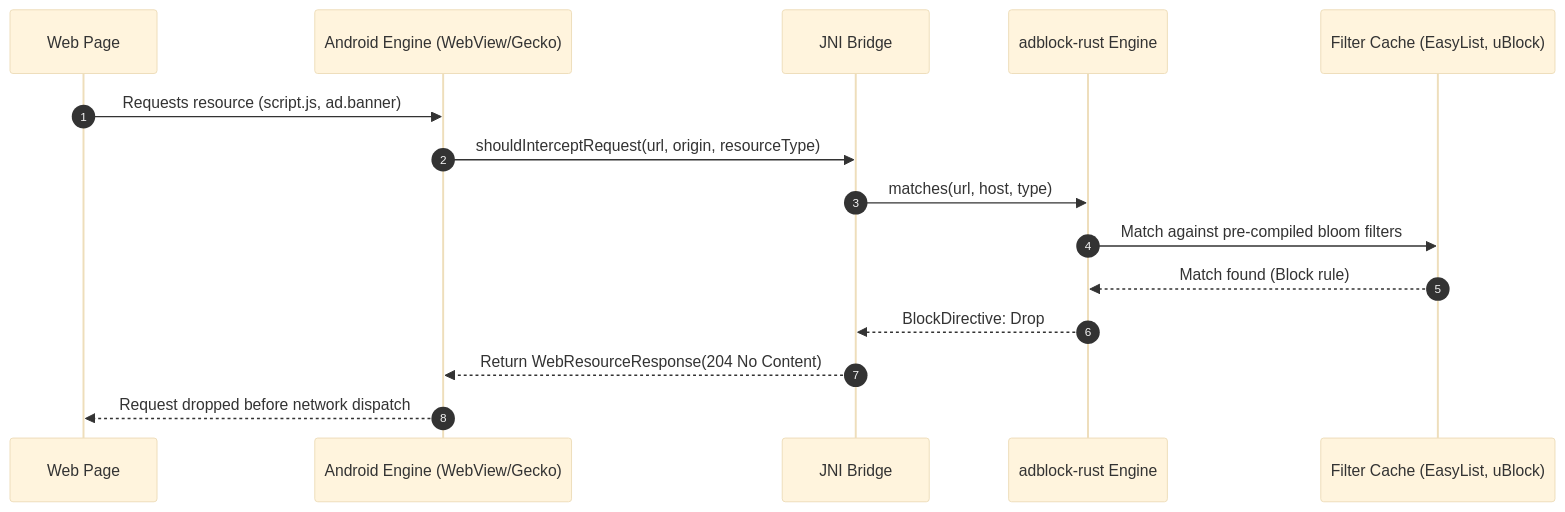
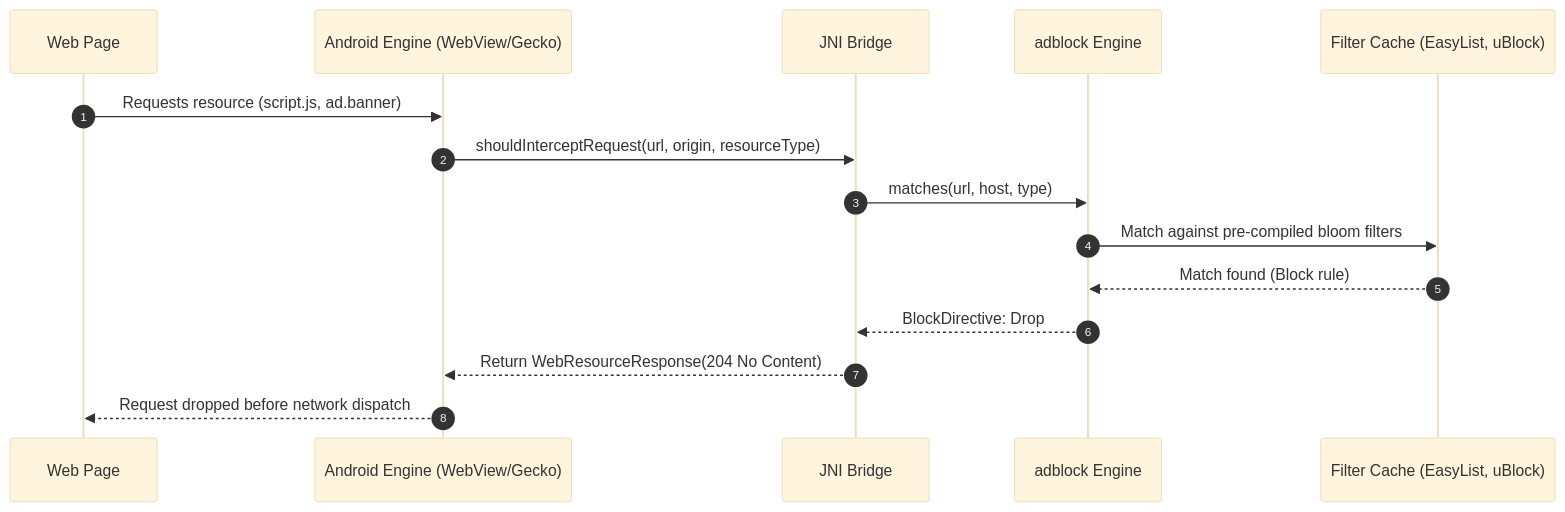
One commit to abhinavsanthoshpp/OrionBrowser changed the second of 5 diagrams in docs/ARCHITECTURE.md. Above: the diagram before and after it, drawn with Mermaid (base theme). The commit also changed other lines of this file and 11 other files, not shown here.

````diff
--- a/docs/ARCHITECTURE.md
+++ b/docs/ARCHITECTURE.md
@@ -76,18 +76,18 @@
 ```mermaid
 sequenceDiagram
     autonumber
     participant Page as Web Page
     participant Engine as Android Engine (WebView/Gecko)
     participant JNI as JNI Bridge
-    participant Rust as adblock-rust Engine
+    participant Rust as adblock Engine
     participant Filter as Filter Cache (EasyList, uBlock)
 
     Page->>Engine: Requests resource (script.js, ad.banner)
     Engine->>JNI: shouldInterceptRequest(url, origin, resourceType)
     JNI->>Rust: matches(url, host, type)
     Rust->>Filter: Match against pre-compiled bloom filters
     Filter-->>Rust: Match found (Block rule)
     Rust-->>JNI: BlockDirective: Drop
     JNI-->>Engine: Return WebResourceResponse(204 No Content)
     Engine-->>Page: Request dropped before network dispatch
 ```
````
